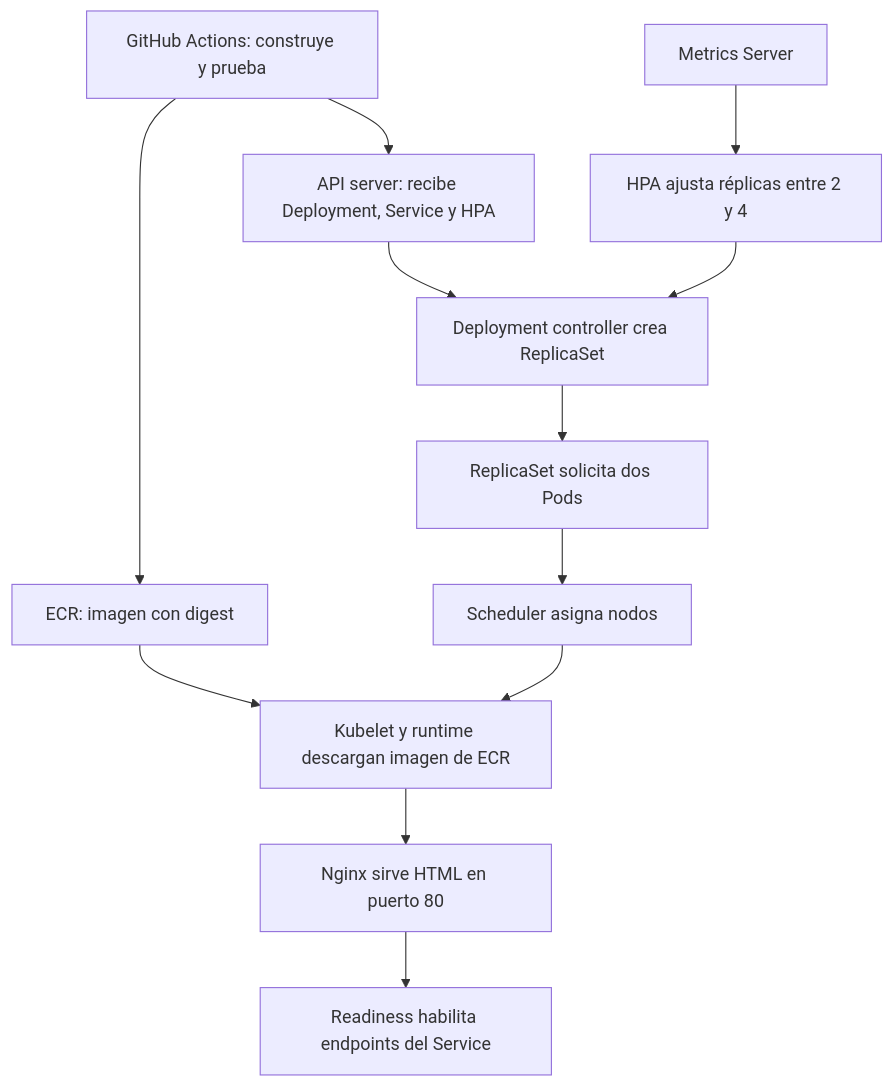
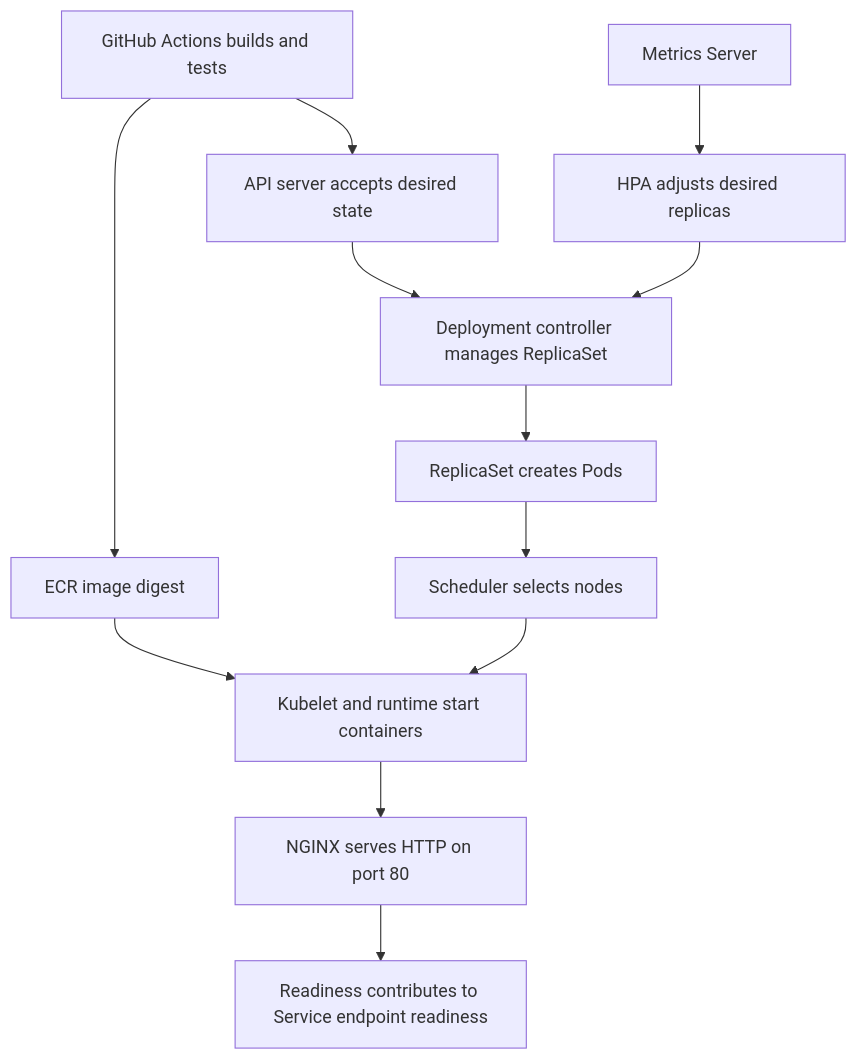
Before and after one commit to douglas0311/eks-learning-lab: the diagram in docs/simple-test/kubernetes-explained.md, drawn with Mermaid. The commit also changed other lines of this file and 29 other files, not shown here.

````diff
--- a/docs/simple-test/kubernetes-explained.md
+++ b/docs/simple-test/kubernetes-explained.md
@@ -5,14 +7,14 @@
 ```mermaid
 flowchart TD
-  A[GitHub Actions: construye y prueba] --> B[ECR: imagen con digest]
-  A --> C[API server: recibe Deployment, Service y HPA]
-  C --> D[Deployment controller crea ReplicaSet]
-  D --> E[ReplicaSet solicita dos Pods]
-  E --> F[Scheduler asigna nodos]
-  F --> G[Kubelet y runtime descargan imagen de ECR]
+  A[GitHub Actions builds and tests] --> B[ECR image digest]
+  A --> C[API server accepts desired state]
+  C --> D[Deployment controller manages ReplicaSet]
+  D --> E[ReplicaSet creates Pods]
+  E --> F[Scheduler selects nodes]
+  F --> G[Kubelet and runtime start containers]
   B --> G
-  G --> H[Nginx sirve HTML en puerto 80]
-  H --> I[Readiness habilita endpoints del Service]
-  J[Metrics Server] --> K[HPA ajusta réplicas entre 2 y 4]
+  G --> H[NGINX serves HTTP on port 80]
+  H --> I[Readiness contributes to Service endpoint readiness]
+  J[Metrics Server] --> K[HPA adjusts desired replicas]
   K --> D
 ```
````
